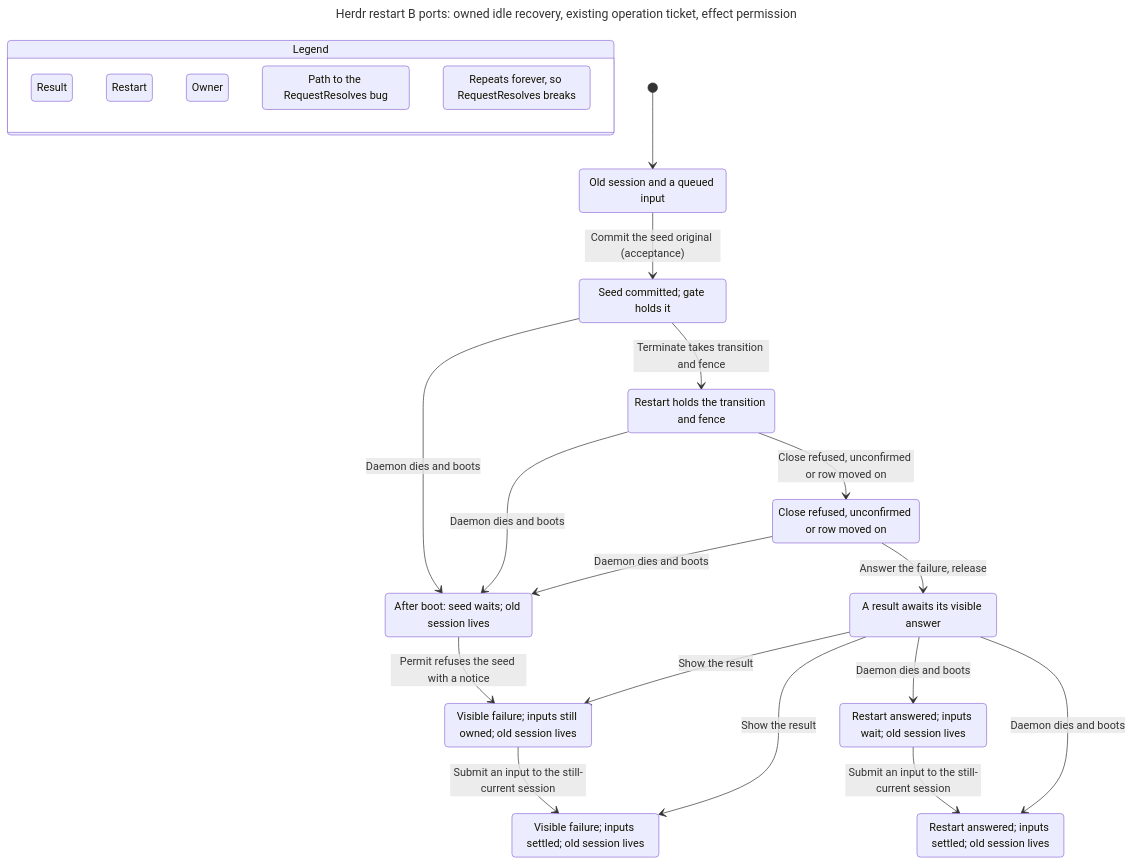
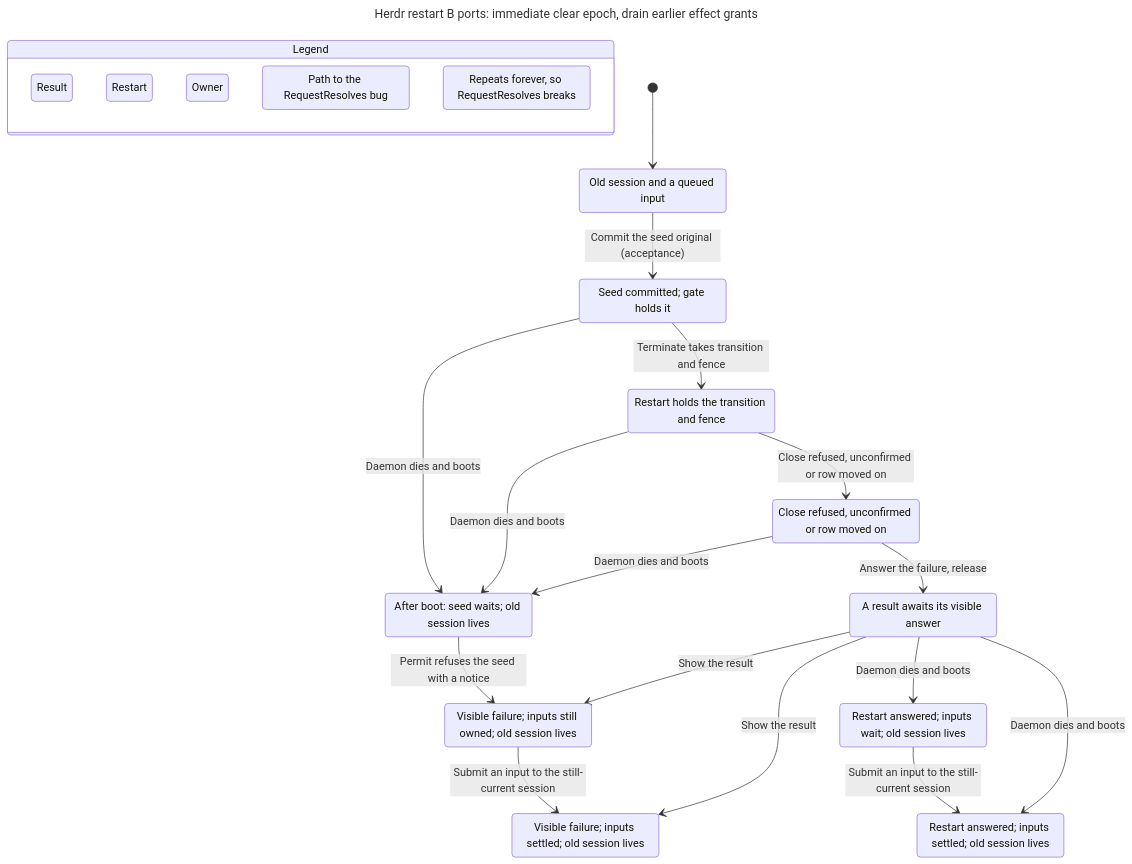
One commit to itismyfield/AgentDesk changed the diagram in docs/statecharts/session-lifecycle/herdr-restart-owner-WithdrawFirst.chart.mmd. Above: the diagram before and after it, drawn with Mermaid. The commit also changed 103 other files, not shown here.

Commit message:
docs: align clear grant model and restart split plan

```diff
--- a/docs/statecharts/session-lifecycle/herdr-restart-owner-WithdrawFirst.chart.mmd
+++ b/docs/statecharts/session-lifecycle/herdr-restart-owner-WithdrawFirst.chart.mmd
@@ -1,58 +1,58 @@
 ---
-title: "Herdr restart B ports: owned idle recovery, existing operation ticket, effect permission"
+title: "Herdr restart B ports: immediate clear epoch, drain earlier effect grants"
 ---
 stateDiagram-v2
   state "Legend" as legend {
     lg0: Result
     lg1: Restart
     lg2: Owner
     lg3: Path to the RequestResolves bug
     lg4: Repeats forever, so RequestResolves breaks
   }
   class lg0 teal
   class lg1 blue
   class lg2 purple
   class lg3 bugPath
   class lg4 repeats
   s0: Old session and a queued input
   s1: Seed committed#59; gate holds it
   s2: Restart holds the transition and fence
   s3: After boot: seed waits#59; old session lives
   s4: Visible failure#59; inputs still owned#59; old session lives
   s5: Close refused, unconfirmed or row moved on
   s6: Visible failure#59; inputs settled#59; old session lives
   s7: A result awaits its visible answer
   s8: Restart answered#59; inputs wait#59; old session lives
   s9: Restart answered#59; inputs settled#59; old session lives
   [*] --> s0
   s0 --> s1: Commit the seed original (acceptance)
   s1 --> s2: Terminate takes transition and fence
   s1 --> s3: Daemon dies and boots
   s2 --> s3: Daemon dies and boots
   s2 --> s5: Close refused, unconfirmed or row moved on
   s3 --> s4: Permit refuses the seed with a notice
   s4 --> s6: Submit an input to the still-current session
   s5 --> s3: Daemon dies and boots
   s5 --> s7: Answer the failure, release
   s7 --> s8: Daemon dies and boots
   s7 --> s4: Show the result
   s8 --> s9: Submit an input to the still-current session
   s7 --> s9: Daemon dies and boots
   s7 --> s6: Show the result
   class s0 blue
   class s0 bugPath
   class s1 blue
   class s1 bugPath
   class s2 blue
   class s2 bugPath
   class s3 purple
   class s4 teal
   class s5 blue
   class s5 bugPath
   class s6 teal
   class s7 blue
   class s7 bugPath
   class s8 purple
   class s8 bugPath
   class s9 purple
   class s9 repeats
```
